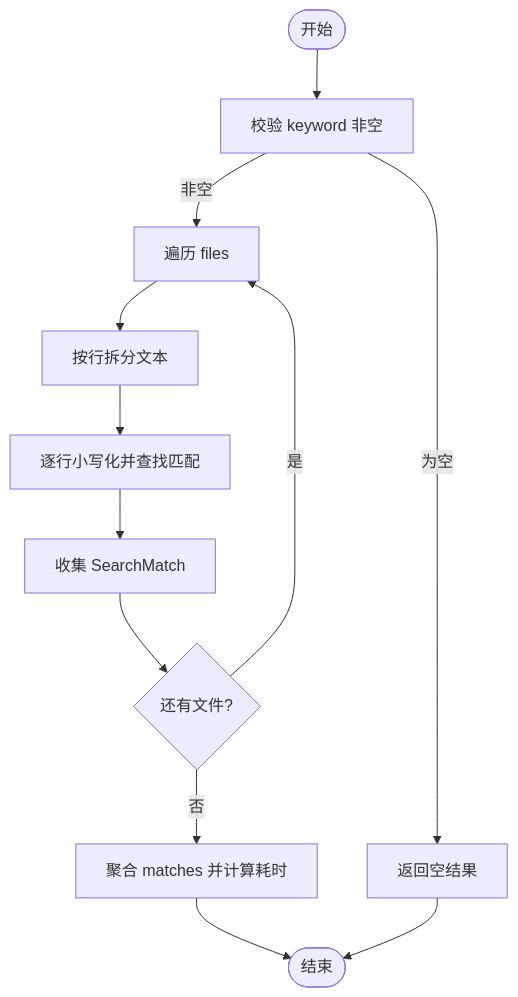
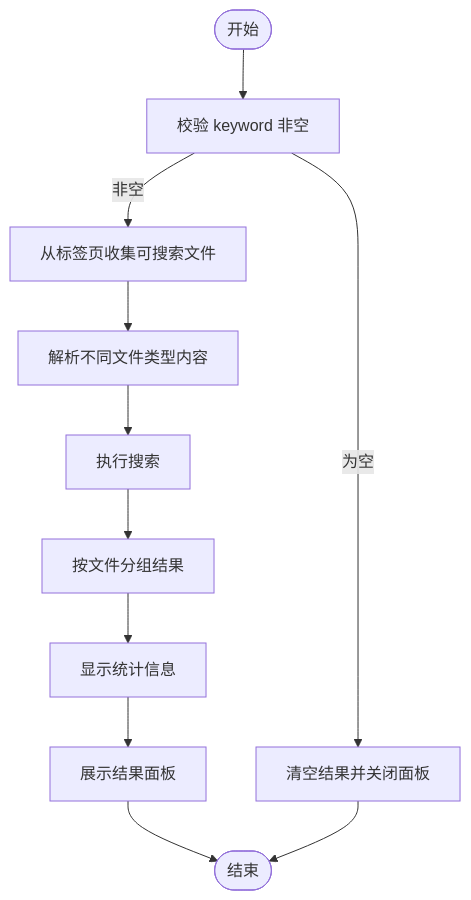
The fourth of 4 diagrams in .qoder/repowiki/zh/content/架构设计/数据流模式/组合式函数数据逻辑/全局搜索组合函数.md (taoweidong/Hello-Tauri), drawn with Mermaid before and after one commit. The commit also changed other lines of this file and 67 other files, not shown here.

````diff
--- a/.qoder/repowiki/zh/content/架构设计/数据流模式/组合式函数数据逻辑/全局搜索组合函数.md
+++ b/.qoder/repowiki/zh/content/架构设计/数据流模式/组合式函数数据逻辑/全局搜索组合函数.md
@@ -349,14 +409,13 @@
 ```mermaid
 flowchart TD
 Start(["开始"]) --> Validate["校验 keyword 非空"]
-Validate --> |为空| ReturnEmpty["返回空结果"]
-Validate --> |非空| IterateFiles["遍历 files"]
-IterateFiles --> SplitLines["按行拆分文本"]
-SplitLines --> ScanLine["逐行小写化并查找匹配"]
-ScanLine --> Collect["收集 SearchMatch"]
-Collect --> NextFile{"还有文件?"}
-NextFile --> |是| IterateFiles
-NextFile --> |否| Aggregate["聚合 matches 并计算耗时"]
-Aggregate --> End(["结束"])
-ReturnEmpty --> End
+Validate --> |为空| ClearResults["清空结果并关闭面板"]
+Validate --> |非空| CollectFiles["从标签页收集可搜索文件"]
+CollectFiles --> ParseContent["解析不同文件类型内容"]
+ParseContent --> SearchExecute["执行搜索"]
+SearchExecute --> GroupResults["按文件分组结果"]
+GroupResults --> DisplayStats["显示统计信息"]
+DisplayStats --> ShowPanel["展示结果面板"]
+ShowPanel --> End(["结束"])
+ClearResults --> End
 ```
````
